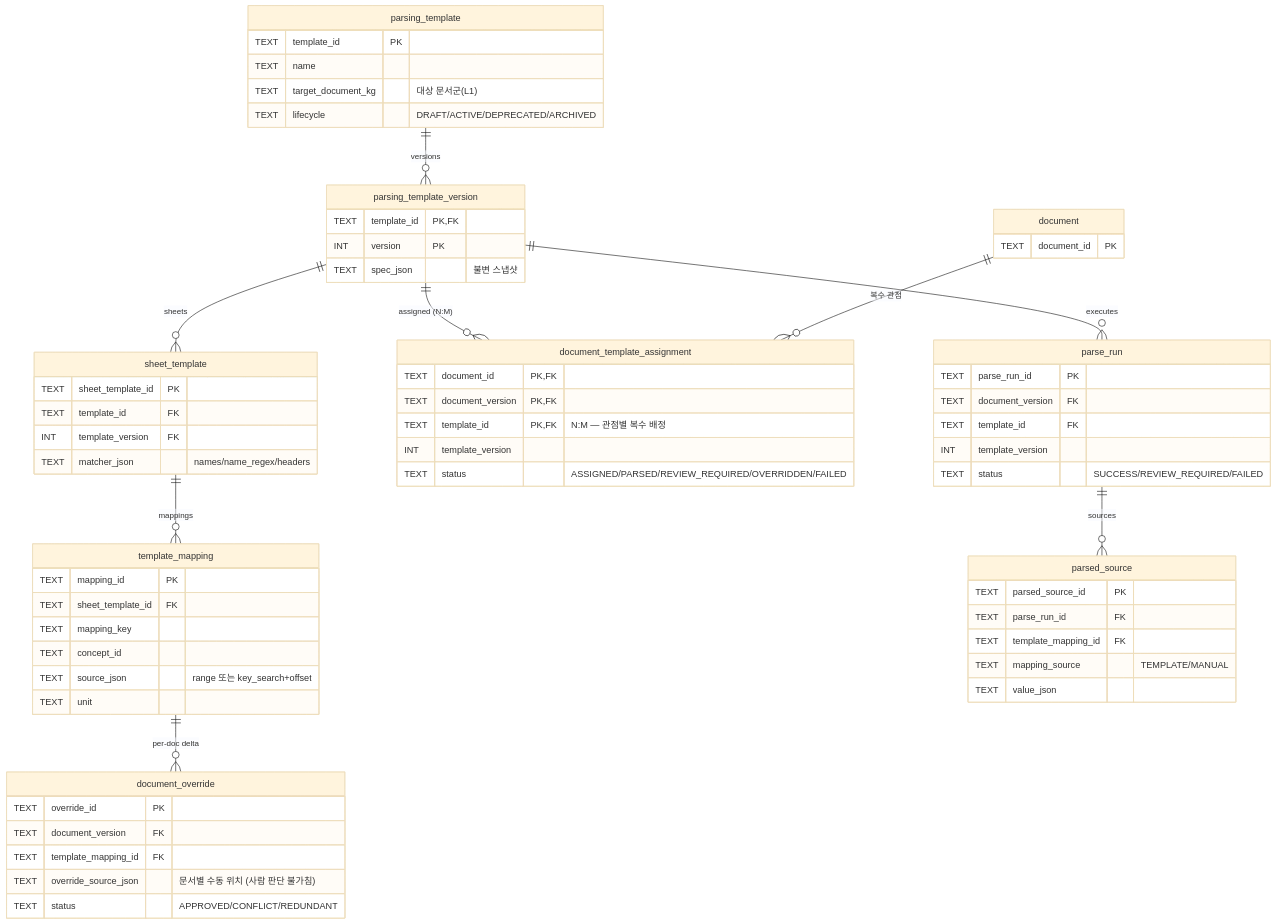
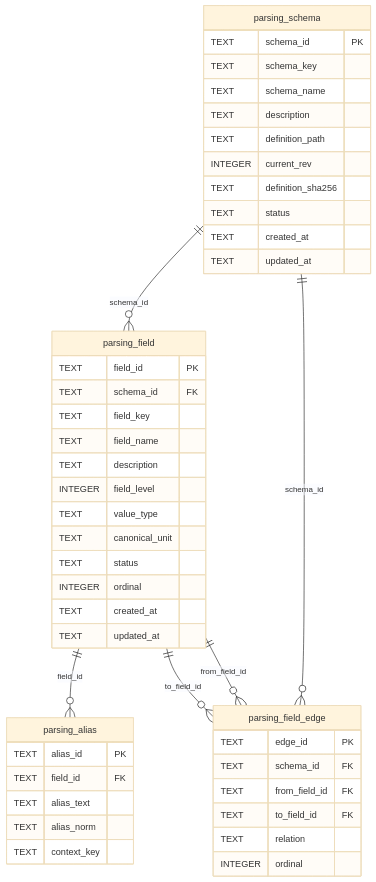
Before and after one commit to ujajuck/data_gathering: the second of 11 diagrams in docs/ARCHITECTURE.md, drawn with Mermaid (base theme). The commit also changed other lines of this file and 305 other files, not shown here.

First line of the commit message:
레거시 제거와 개명 — v1·v2 런타임과 이관 도구 삭제, kg에서 schema로, 작업 공간 경로 정리

````diff
--- a/docs/ARCHITECTURE.md
+++ b/docs/ARCHITECTURE.md
@@ -139,66 +117,49 @@
 ```mermaid
 erDiagram
-    parsing_template {
-        TEXT template_id PK
-        TEXT name
-        TEXT target_document_kg "대상 문서군(L1)"
-        TEXT lifecycle "DRAFT/ACTIVE/DEPRECATED/ARCHIVED"
+    parsing_schema {
+        TEXT schema_id PK
+        TEXT schema_key
+        TEXT schema_name
+        TEXT description
+        TEXT definition_path
+        INTEGER current_rev
+        TEXT definition_sha256
+        TEXT status
+        TEXT created_at
+        TEXT updated_at
     }
-    parsing_template_version {
-        TEXT template_id PK,FK
-        INT  version PK
-        TEXT spec_json "불변 스냅샷"
+    parsing_field {
+        TEXT field_id PK
+        TEXT schema_id FK
+        TEXT field_key
+        TEXT field_name
+        TEXT description
+        INTEGER field_level
+        TEXT value_type
+        TEXT canonical_unit
+        TEXT status
+        INTEGER ordinal
+        TEXT created_at
+        TEXT updated_at
     }
-    sheet_template {
-        TEXT sheet_template_id PK
-        TEXT template_id FK
-        INT  template_version FK
-        TEXT matcher_json "names/name_regex/headers"
+    parsing_alias {
+        TEXT alias_id PK
+        TEXT field_id FK
+        TEXT alias_text
+        TEXT alias_norm
+        TEXT context_key
     }
-    template_mapping {
-        TEXT mapping_id PK
-        TEXT sheet_template_id FK
-        TEXT mapping_key
-        TEXT concept_id
-        TEXT source_json "range 또는 key_search+offset"
-        TEXT unit
+    parsing_field_edge {
+        TEXT edge_id PK
+        TEXT schema_id FK
+        TEXT from_field_id FK
+        TEXT to_field_id FK
+        TEXT relation
+        INTEGER ordinal
     }
-    document_template_assignment {
-        TEXT document_id PK,FK
-        TEXT document_version PK,FK
-        TEXT template_id PK,FK "N:M — 관점별 복수 배정"
-        INT  template_version
-        TEXT status "ASSIGNED/PARSED/REVIEW_REQUIRED/OVERRIDDEN/FAILED"
-    }
-    document_override {
-        TEXT override_id PK
-        TEXT document_version FK
-        TEXT template_mapping_id FK
-        TEXT override_source_json "문서별 수동 위치 (사람 판단 불가침)"
-        TEXT status "APPROVED/CONFLICT/REDUNDANT"
-    }
-    parse_run {
-        TEXT parse_run_id PK
-        TEXT document_version FK
-        TEXT template_id FK
-        INT  template_version
-        TEXT status "SUCCESS/REVIEW_REQUIRED/FAILED"
-    }
-    parsed_source {
-        TEXT parsed_source_id PK
-        TEXT parse_run_id FK
-        TEXT template_mapping_id FK
-        TEXT mapping_source "TEMPLATE/MANUAL"
-        TEXT value_json
-    }
-    document { TEXT document_id PK }
-
-    parsing_template ||--o{ parsing_template_version : versions
-    parsing_template_version ||--o{ sheet_template : sheets
-    sheet_template ||--o{ template_mapping : mappings
-    parsing_template_version ||--o{ document_template_assignment : "assigned (N:M)"
-    document ||--o{ document_template_assignment : "복수 관점"
-    template_mapping ||--o{ document_override : "per-doc delta"
-    parsing_template_version ||--o{ parse_run : executes
-    parse_run ||--o{ parsed_source : sources
+    parsing_schema ||--o{ parsing_field : "schema_id"
+    parsing_field ||--o{ parsing_alias : "field_id"
+    parsing_field ||--o{ parsing_field_edge : "to_field_id"
+    parsing_field ||--o{ parsing_field_edge : "from_field_id"
+    parsing_schema ||--o{ parsing_field_edge : "schema_id"
 ```
````
